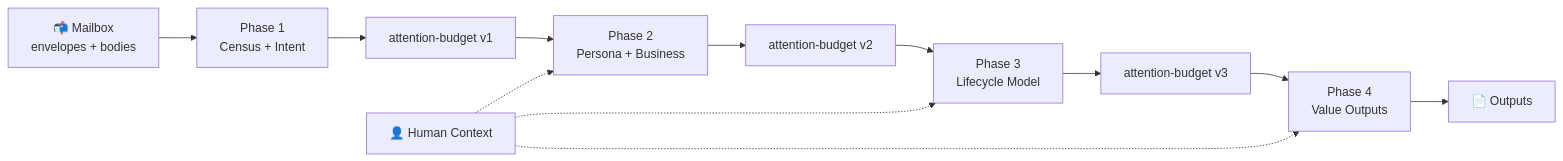
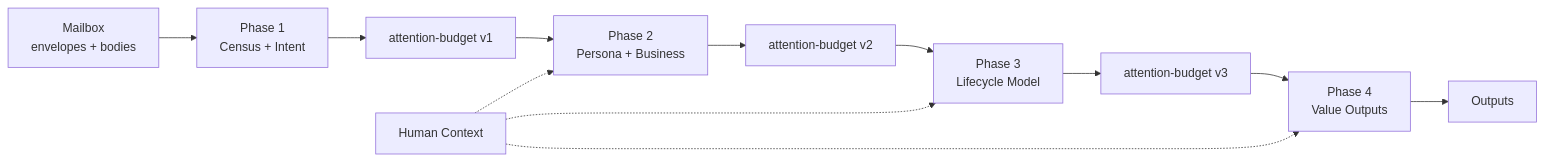
One commit to caapapx/email-bot changed the diagram in README.md. Above: the diagram before and after it, drawn with Mermaid. The commit also changed other lines of this file and 4 other files, not shown here.

First line of the commit message:
docs: refresh READMEs, roadmap, daemon slice; add final-plan

````diff
--- a/README.md
+++ b/README.md
@@ -269,8 +59,8 @@
 ```mermaid
 flowchart LR
-    M["📬 Mailbox<br/>envelopes + bodies"] --> P1["Phase 1<br/>Census + Intent"] --> B1["attention-budget v1"]
+    M["Mailbox<br/>envelopes + bodies"] --> P1["Phase 1<br/>Census + Intent"] --> B1["attention-budget v1"]
     B1 --> P2["Phase 2<br/>Persona + Business"] --> B2["attention-budget v2"]
     B2 --> P3["Phase 3<br/>Lifecycle Model"] --> B3["attention-budget v3"]
-    B3 --> P4["Phase 4<br/>Value Outputs"] --> O["📄 Outputs"]
-    C["👤 Human Context"] -.-> P2 & P3 & P4
+    B3 --> P4["Phase 4<br/>Value Outputs"] --> O["Outputs"]
+    C["Human Context"] -.-> P2 & P3 & P4
 ```
````
